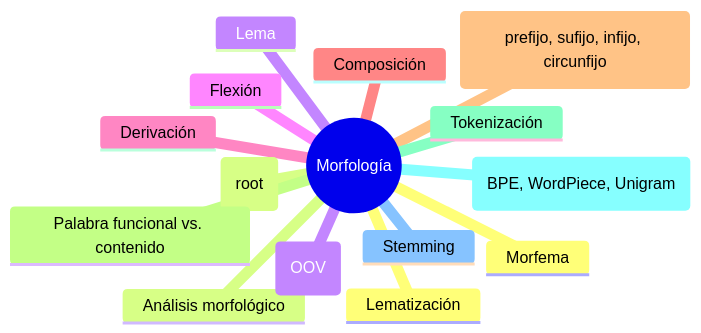
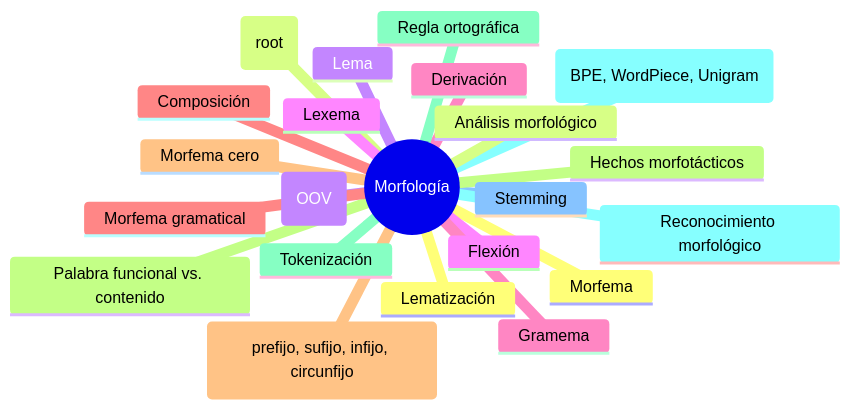
The third of 27 diagrams in src/src/data/blog/2026/04/es/glosario-linguistica-nlp.mdx (rgglez/rgglez-website), drawn with Mermaid before and after one commit. The commit also changed other lines of this file and 25 other files, not shown here.

Commit message:
Mermaid improvements

````diff
--- a/src/src/data/blog/2026/04/es/glosario-linguistica-nlp.mdx
+++ b/src/src/data/blog/2026/04/es/glosario-linguistica-nlp.mdx
@@ -372,18 +372,25 @@
 ```mermaid
 mindmap
   root((Morfología))
     Morfema
     Raíz (root)
     Lema
     Flexión
     Derivación
     Composición
     Afijo (prefijo, sufijo, infijo, circunfijo)
     Palabra funcional vs. contenido
     Tokenización
     Tokenización subword (BPE, WordPiece, Unigram)
     Stemming
     Lematización
     Análisis morfológico
     Vocabulario abierto vs. cerrado (OOV)
+    Lexema
+    Gramema
+    Morfema gramatical
+    Morfema cero
+    Hechos morfotácticos
+    Regla ortográfica
+    Reconocimiento morfológico
 ```
````
